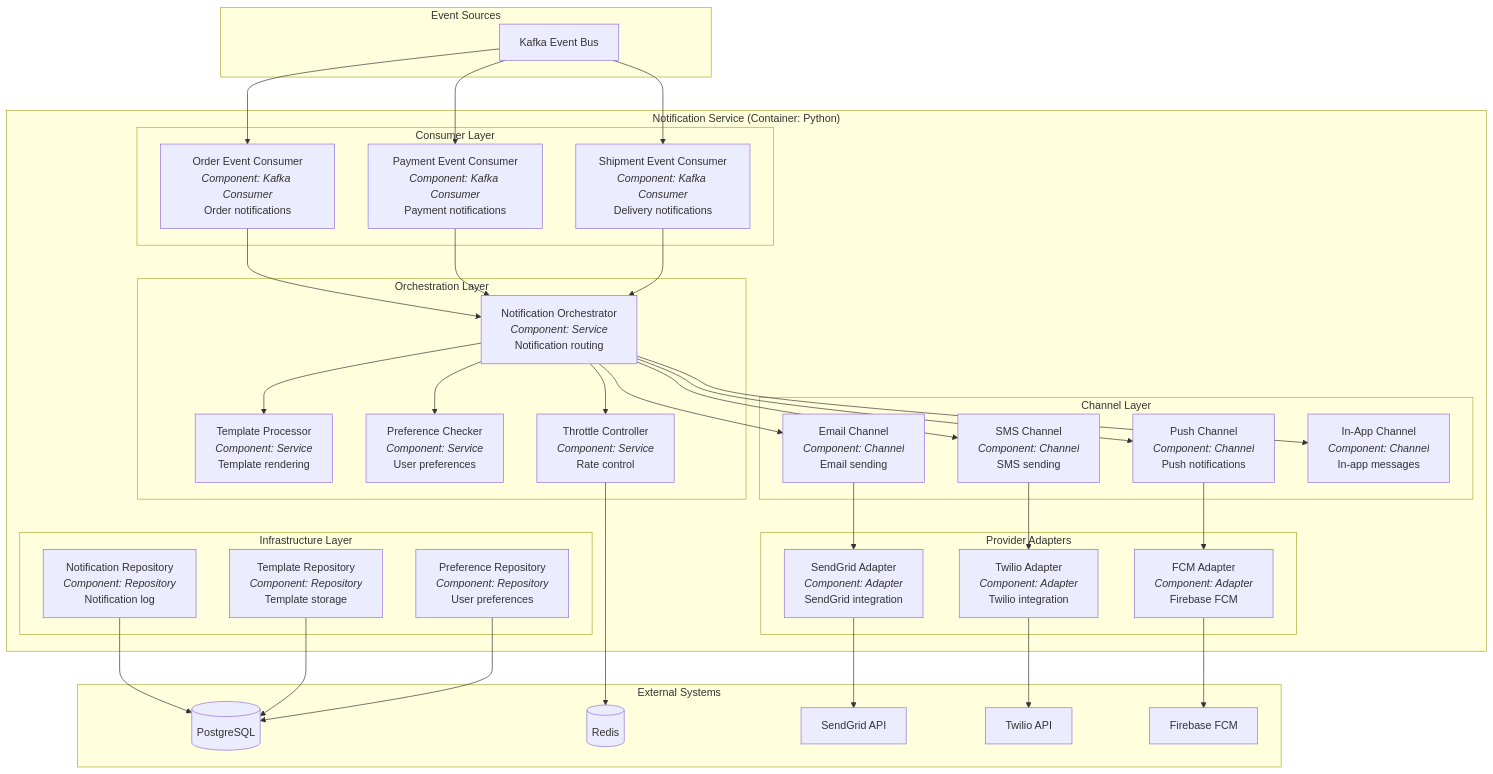
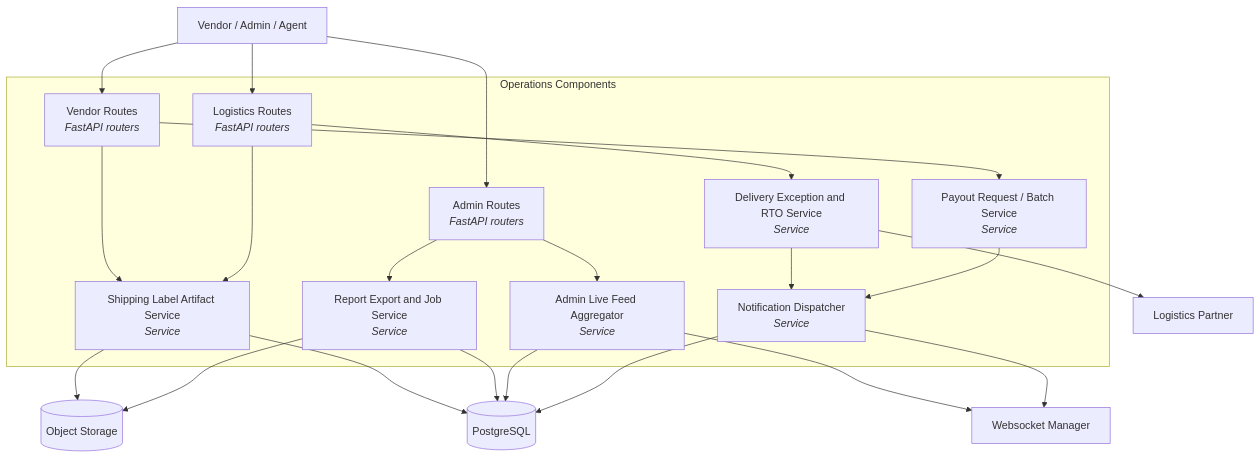
The third of 3 diagrams in docs/system-design/detailed-design/c4-component-diagram.md (0Ankit0/e-commerce), drawn with Mermaid before and after one commit. The commit also changed other lines of this file and 24 other files, not shown here.

````diff
--- a/docs/system-design/detailed-design/c4-component-diagram.md
+++ b/docs/system-design/detailed-design/c4-component-diagram.md
@@ -329,78 +101,44 @@
 ```mermaid
 graph TB
-    subgraph "Event Sources"
-        Kafka[Kafka Event Bus]
+    Operator[Vendor / Admin / Agent]
+
+    subgraph boundary["Operations Components"]
+        VendorRoutes["Vendor Routes<br><i>FastAPI routers</i>"]
+        LogisticsRoutes["Logistics Routes<br><i>FastAPI routers</i>"]
+        AdminRoutes["Admin Routes<br><i>FastAPI routers</i>"]
+        LabelService["Shipping Label Artifact Service<br><i>Service</i>"]
+        ExceptionService["Delivery Exception and RTO Service<br><i>Service</i>"]
+        PayoutService["Payout Request / Batch Service<br><i>Service</i>"]
+        ReportService["Report Export and Job Service<br><i>Service</i>"]
+        LiveFeed["Admin Live Feed Aggregator<br><i>Service</i>"]
+        NotificationService["Notification Dispatcher<br><i>Service</i>"]
     end
 
-    subgraph boundary["Notification Service (Container: Python)"]
-        subgraph "Consumer Layer"
-            OrderEventConsumer["Order Event Consumer<br><i>Component: Kafka Consumer</i><br>Order notifications"]
-            PaymentEventConsumer["Payment Event Consumer<br><i>Component: Kafka Consumer</i><br>Payment notifications"]
-            ShipmentEventConsumer["Shipment Event Consumer<br><i>Component: Kafka Consumer</i><br>Delivery notifications"]
-        end
+    DB[(PostgreSQL)]
+    Storage[(Object Storage)]
+    LogisticsPartner[Logistics Partner]
+    WS[Websocket Manager]
 
-        subgraph "Orchestration Layer"
-            NotificationOrchestrator["Notification Orchestrator<br><i>Component: Service</i><br>Notification routing"]
-            TemplateProcessor["Template Processor<br><i>Component: Service</i><br>Template rendering"]
-            PreferenceChecker["Preference Checker<br><i>Component: Service</i><br>User preferences"]
-            ThrottleController["Throttle Controller<br><i>Component: Service</i><br>Rate control"]
-        end
+    Operator --> VendorRoutes
+    Operator --> LogisticsRoutes
+    Operator --> AdminRoutes
 
-        subgraph "Channel Layer"
-            EmailChannel["Email Channel<br><i>Component: Channel</i><br>Email sending"]
-            SMSChannel["SMS Channel<br><i>Component: Channel</i><br>SMS sending"]
-            PushChannel["Push Channel<br><i>Component: Channel</i><br>Push notifications"]
-            InAppChannel["In-App Channel<br><i>Component: Channel</i><br>In-app messages"]
-        end
+    VendorRoutes --> LabelService
+    VendorRoutes --> PayoutService
+    LogisticsRoutes --> LabelService
+    LogisticsRoutes --> ExceptionService
+    AdminRoutes --> ReportService
+    AdminRoutes --> LiveFeed
 
-        subgraph "Provider Adapters"
-            SendGridAdapter["SendGrid Adapter<br><i>Component: Adapter</i><br>SendGrid integration"]
-            TwilioAdapter["Twilio Adapter<br><i>Component: Adapter</i><br>Twilio integration"]
-            FCMAdapter["FCM Adapter<br><i>Component: Adapter</i><br>Firebase FCM"]
-        end
-
-        subgraph "Infrastructure Layer"
-            NotificationRepository["Notification Repository<br><i>Component: Repository</i><br>Notification log"]
-            TemplateRepository["Template Repository<br><i>Component: Repository</i><br>Template storage"]
-            PreferenceRepository["Preference Repository<br><i>Component: Repository</i><br>User preferences"]
-        end
-    end
-
-    subgraph "External Systems"
-        PostgreSQL[(PostgreSQL)]
-        Redis[(Redis)]
-        SendGrid[SendGrid API]
-        Twilio[Twilio API]
-        FCM[Firebase FCM]
-    end
-
-    Kafka --> OrderEventConsumer
-    Kafka --> PaymentEventConsumer
-    Kafka --> ShipmentEventConsumer
-
-    OrderEventConsumer --> NotificationOrchestrator
-    PaymentEventConsumer --> NotificationOrchestrator
-    ShipmentEventConsumer --> NotificationOrchestrator
-
-    NotificationOrchestrator --> TemplateProcessor
-    NotificationOrchestrator --> PreferenceChecker
-    NotificationOrchestrator --> ThrottleController
-
-    NotificationOrchestrator --> EmailChannel
-    NotificationOrchestrator --> SMSChannel
-    NotificationOrchestrator --> PushChannel
-    NotificationOrchestrator --> InAppChannel
-
-    EmailChannel --> SendGridAdapter
-    SMSChannel --> TwilioAdapter
-    PushChannel --> FCMAdapter
-
-    NotificationRepository --> PostgreSQL
-    TemplateRepository --> PostgreSQL
-    PreferenceRepository --> PostgreSQL
-    ThrottleController --> Redis
-
-    SendGridAdapter --> SendGrid
-    TwilioAdapter --> Twilio
-    FCMAdapter --> FCM
+    LabelService --> Storage
+    LabelService --> DB
+    ExceptionService --> LogisticsPartner
+    ExceptionService --> NotificationService
+    PayoutService --> NotificationService
+    ReportService --> Storage
+    ReportService --> DB
+    LiveFeed --> DB
+    LiveFeed --> WS
+    NotificationService --> WS
+    NotificationService --> DB
 ```
````
